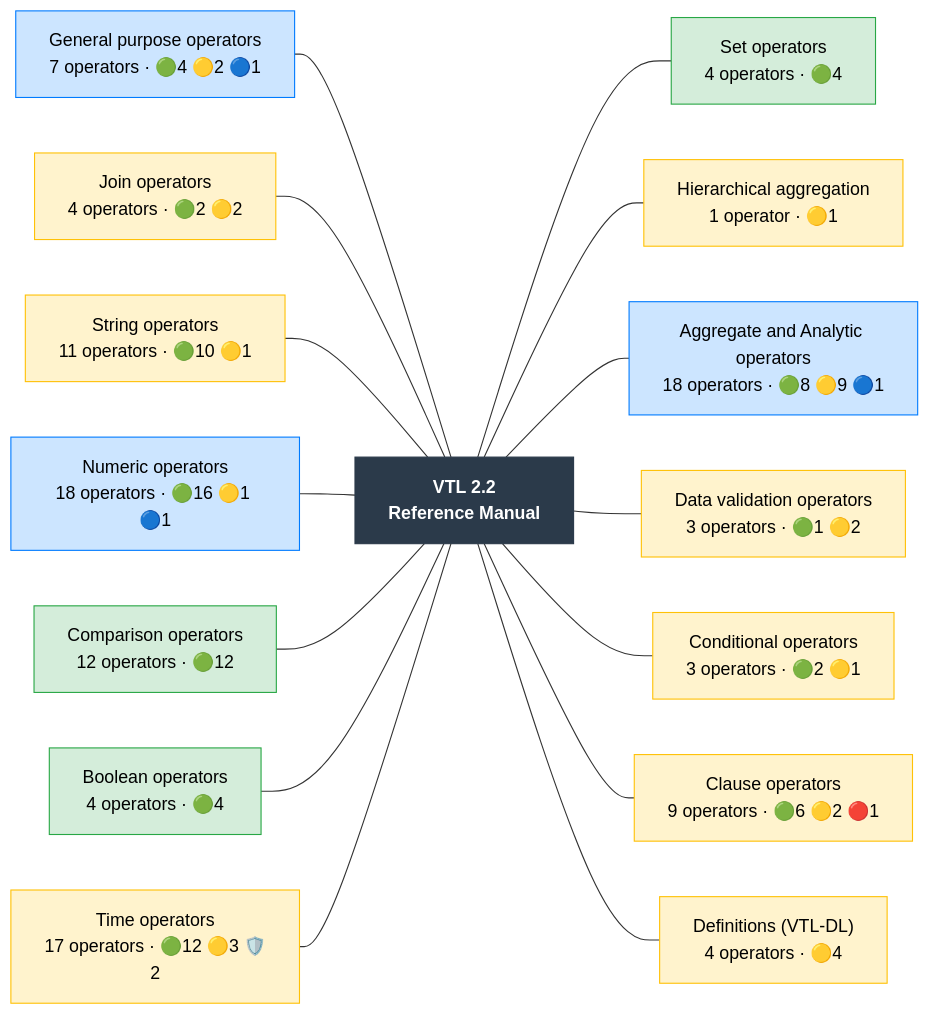
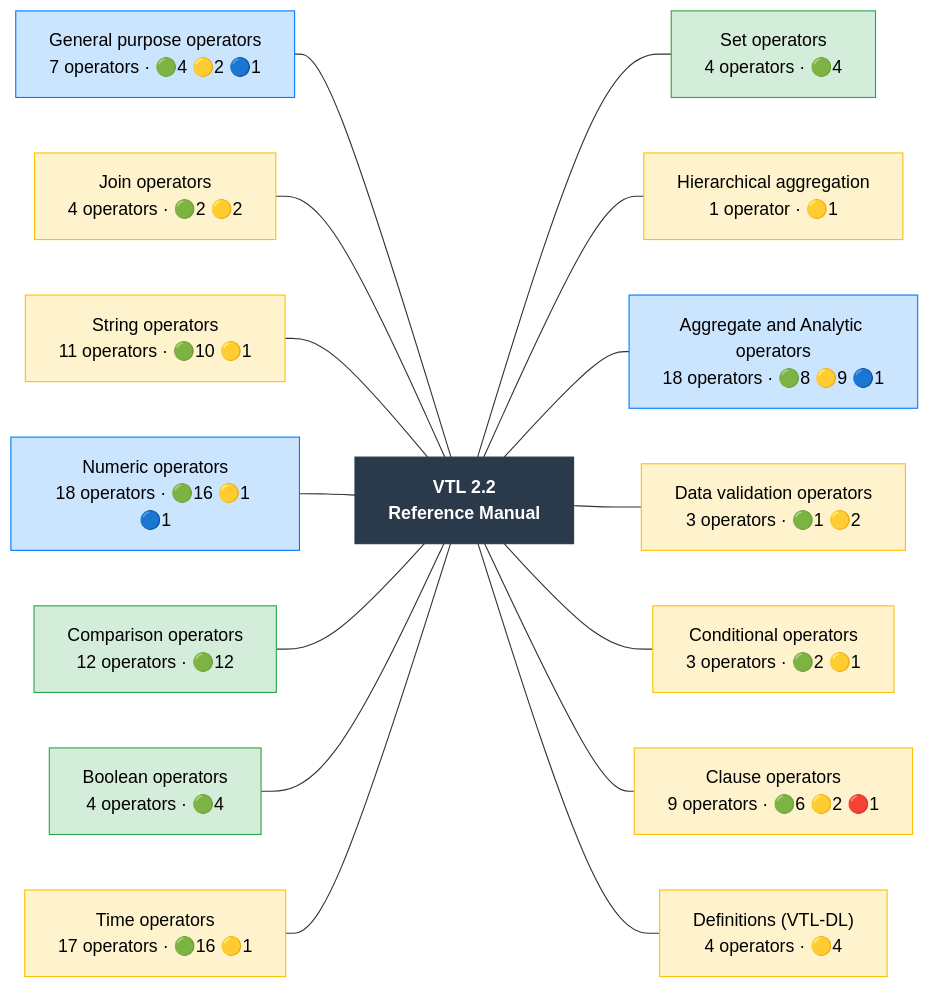
Before and after one commit to Meaningful-Data/vtlengine: the diagram in docs/operator_map/overview.rst, drawn with Mermaid. The commit also changed other lines of this file and 156 other files, not shown here.

```diff
--- a/docs/operator_map/overview.rst
+++ b/docs/operator_map/overview.rst
@@ -30,54 +30,54 @@
 .. mermaid::
    :config: {"flowchart": {"useMaxWidth": false}}
 
    flowchart LR
        classDef ok fill:#d4edda,stroke:#28a745,color:#000
        classDef partial fill:#fff3cd,stroke:#ffc107,color:#000
        classDef refused fill:#d4edda,stroke:#28a745,stroke-width:3px,stroke-dasharray: 2 2,color:#000
        classDef missing fill:#f8d7da,stroke:#dc3545,color:#000
        classDef diverge fill:#cce5ff,stroke:#007bff,color:#000
        classDef block fill:#2b3a4a,stroke:#2b3a4a,color:#fff,font-weight:bold
        classDef ext fill:#fff,stroke:#666,color:#000,stroke-dasharray: 5 5
        R["VTL 2.2<br/>Reference Manual"]:::block
        chapter__general["General purpose operators<br/>7 operators · 🟢4 🟡2 🔵1"]:::diverge
        chapter__join["Join operators<br/>4 operators · 🟢2 🟡2"]:::partial
        chapter__string["String operators<br/>11 operators · 🟢10 🟡1"]:::partial
        chapter__numeric["Numeric operators<br/>18 operators · 🟢16 🟡1 🔵1"]:::diverge
        chapter__comparison["Comparison operators<br/>12 operators · 🟢12"]:::ok
        chapter__boolean["Boolean operators<br/>4 operators · 🟢4"]:::ok
-       chapter__time["Time operators<br/>17 operators · 🟢12 🟡3 🛡️2"]:::partial
+       chapter__time["Time operators<br/>17 operators · 🟢16 🟡1"]:::partial
        chapter__set["Set operators<br/>4 operators · 🟢4"]:::ok
        chapter__hierarchy["Hierarchical aggregation<br/>1 operator · 🟡1"]:::partial
        chapter__aggregate["Aggregate and Analytic operators<br/>18 operators · 🟢8 🟡9 🔵1"]:::diverge
        chapter__validation["Data validation operators<br/>3 operators · 🟢1 🟡2"]:::partial
        chapter__conditional["Conditional operators<br/>3 operators · 🟢2 🟡1"]:::partial
        chapter__clause["Clause operators<br/>9 operators · 🟢6 🟡2 🔴1"]:::partial
        chapter__definitions["Definitions (VTL-DL)<br/>4 operators · 🟡4"]:::partial
        chapter__general --- R
        chapter__join --- R
        chapter__string --- R
        chapter__numeric --- R
        chapter__comparison --- R
        chapter__boolean --- R
        chapter__time --- R
        R --- chapter__set
        R --- chapter__hierarchy
        R --- chapter__aggregate
        R --- chapter__validation
        R --- chapter__conditional
        R --- chapter__clause
        R --- chapter__definitions
        click chapter__general href "general/index.html"
        click chapter__join href "join/index.html"
        click chapter__string href "string/index.html"
        click chapter__numeric href "numeric/index.html"
        click chapter__comparison href "comparison/index.html"
        click chapter__boolean href "boolean/index.html"
        click chapter__time href "time/index.html"
        click chapter__set href "set/index.html"
        click chapter__hierarchy href "hierarchy/index.html"
        click chapter__aggregate href "aggregate/index.html"
        click chapter__validation href "validation/index.html"
        click chapter__conditional href "conditional/index.html"
        click chapter__clause href "clause/index.html"
        click chapter__definitions href "definitions/index.html"
```
